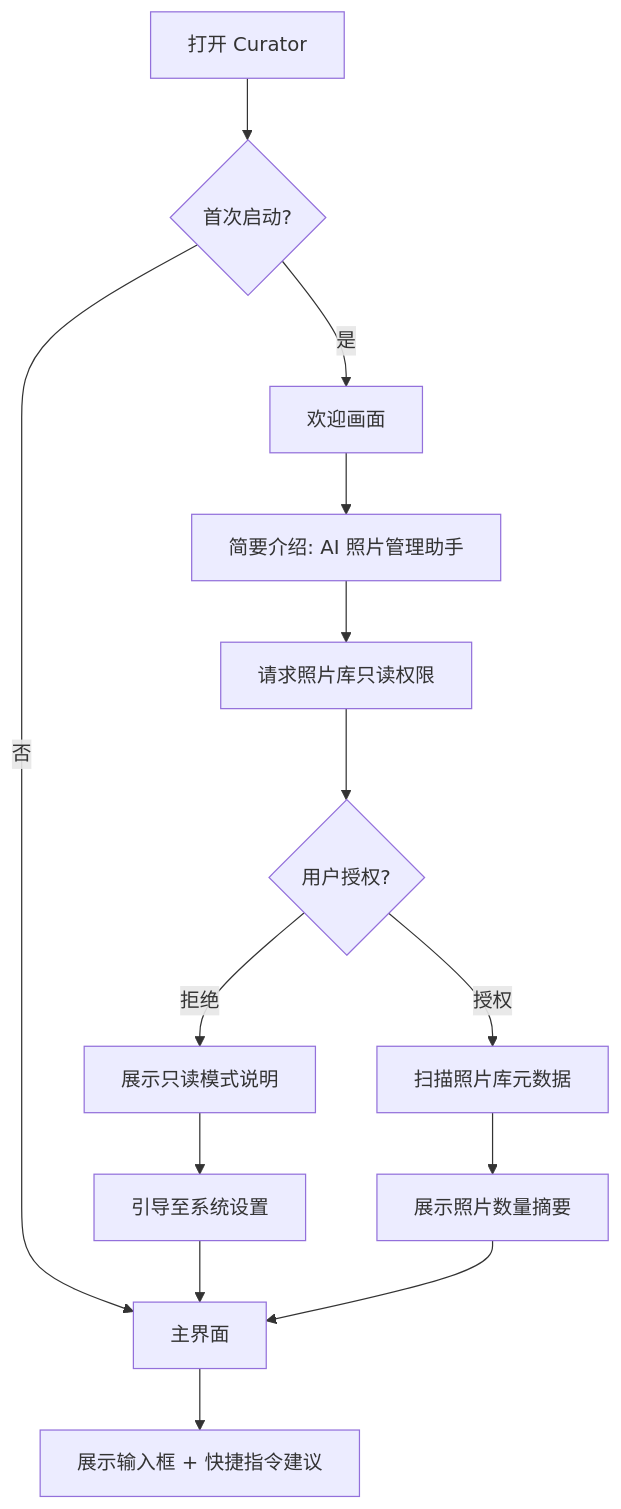
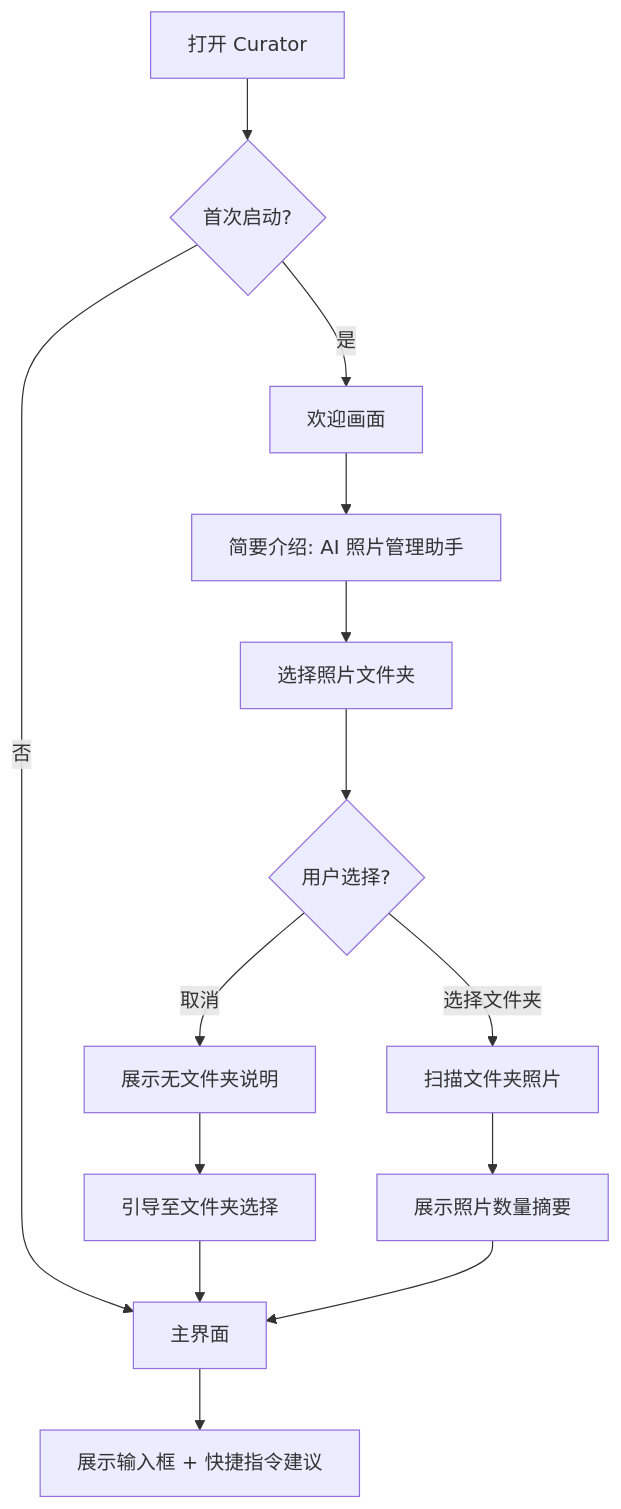
Before and after one commit to terryso/curator: the first of 3 diagrams in _bmad-output/planning-artifacts/ux-design-specification.md, drawn with Mermaid. The commit also changed other lines of this file and 37 other files, not shown here.

First line of the commit message:
feat: rewrite Story 1-2 layered architecture for local folder photo source

````diff
--- a/_bmad-output/planning-artifacts/ux-design-specification.md
+++ b/_bmad-output/planning-artifacts/ux-design-specification.md
@@ -359,16 +359,16 @@
 ```mermaid
 flowchart TD
     A[打开 Curator] --> B{首次启动?}
     B -->|是| C[欢迎画面]
     B -->|否| Z[主界面]
     C --> D[简要介绍: AI 照片管理助手]
-    D --> E[请求照片库只读权限]
-    E --> F{用户授权?}
-    F -->|拒绝| G[展示只读模式说明]
-    G --> H[引导至系统设置]
+    D --> E[选择照片文件夹]
+    E --> F{用户选择?}
+    F -->|取消| G[展示无文件夹说明]
+    G --> H[引导至文件夹选择]
     H --> Z
-    F -->|授权| I[扫描照片库元数据]
+    F -->|选择文件夹| I[扫描文件夹照片]
     I --> J[展示照片数量摘要]
     J --> Z
     Z --> K[展示输入框 + 快捷指令建议]
 ```
````
